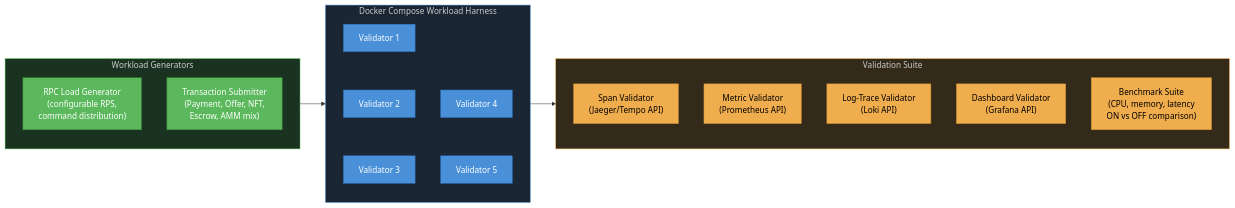
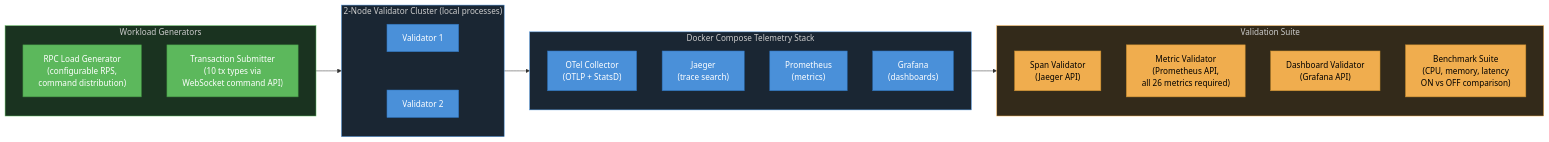
One commit to XRPLF/rippled changed the sixth of 11 diagrams in OpenTelemetryPlan/06-implementation-phases.md. Above: the diagram before and after it, drawn with Mermaid. The commit also changed other lines of this file and 28 other files, not shown here.

Commit message:
Phase 10: Workload validation - synthetic load generation and telemetry checks

````diff
--- a/OpenTelemetryPlan/06-implementation-phases.md
+++ b/OpenTelemetryPlan/06-implementation-phases.md
@@ -777,40 +779,48 @@
 ```mermaid
 flowchart LR
-    subgraph harness["Docker Compose Workload Harness"]
+    subgraph harness["2-Node Validator Cluster (local processes)"]
         direction TB
-        V1["Validator 1"] ~~~ V2["Validator 2"] ~~~ V3["Validator 3"]
-        V4["Validator 4"] ~~~ V5["Validator 5"]
+        V1["Validator 1"] ~~~ V2["Validator 2"]
+    end
+
+    subgraph telemetry["Docker Compose Telemetry Stack"]
+        direction TB
+        COL["OTel Collector<br/>(OTLP + StatsD)"]
+        JAE["Jaeger<br/>(trace search)"]
+        PROM["Prometheus<br/>(metrics)"]
+        GRAF["Grafana<br/>(dashboards)"]
     end
 
     subgraph generators["Workload Generators"]
         RPC["RPC Load Generator<br/>(configurable RPS,<br/>command distribution)"]
-        TX["Transaction Submitter<br/>(Payment, Offer, NFT,<br/>Escrow, AMM mix)"]
+        TX["Transaction Submitter<br/>(10 tx types via<br/>WebSocket command API)"]
     end
 
     subgraph validation["Validation Suite"]
-        SV["Span Validator<br/>(Jaeger/Tempo API)"]
-        MV["Metric Validator<br/>(Prometheus API)"]
-        LV["Log-Trace Validator<br/>(Loki API)"]
+        SV["Span Validator<br/>(Jaeger API)"]
+        MV["Metric Validator<br/>(Prometheus API,<br/>all 26 metrics required)"]
         DV["Dashboard Validator<br/>(Grafana API)"]
         BM["Benchmark Suite<br/>(CPU, memory, latency<br/>ON vs OFF comparison)"]
     end
 
     generators --> harness
-    harness --> validation
+    harness --> telemetry
+    telemetry --> validation
 
     style harness fill:#1a2633,color:#ccc,stroke:#4a90d9
+    style telemetry fill:#1a2633,color:#ccc,stroke:#4a90d9
     style generators fill:#1a3320,color:#ccc,stroke:#5cb85c
     style validation fill:#332a1a,color:#ccc,stroke:#f0ad4e
     style V1 fill:#4a90d9,color:#fff,stroke:#2a6db5
     style V2 fill:#4a90d9,color:#fff,stroke:#2a6db5
-    style V3 fill:#4a90d9,color:#fff,stroke:#2a6db5
-    style V4 fill:#4a90d9,color:#fff,stroke:#2a6db5
-    style V5 fill:#4a90d9,color:#fff,stroke:#2a6db5
+    style COL fill:#4a90d9,color:#fff,stroke:#2a6db5
+    style JAE fill:#4a90d9,color:#fff,stroke:#2a6db5
+    style PROM fill:#4a90d9,color:#fff,stroke:#2a6db5
+    style GRAF fill:#4a90d9,color:#fff,stroke:#2a6db5
     style RPC fill:#5cb85c,color:#fff,stroke:#3d8b3d
     style TX fill:#5cb85c,color:#fff,stroke:#3d8b3d
     style SV fill:#f0ad4e,color:#000,stroke:#c78c2e
     style MV fill:#f0ad4e,color:#000,stroke:#c78c2e
-    style LV fill:#f0ad4e,color:#000,stroke:#c78c2e
     style DV fill:#f0ad4e,color:#000,stroke:#c78c2e
     style BM fill:#f0ad4e,color:#000,stroke:#c78c2e
 ```
````
